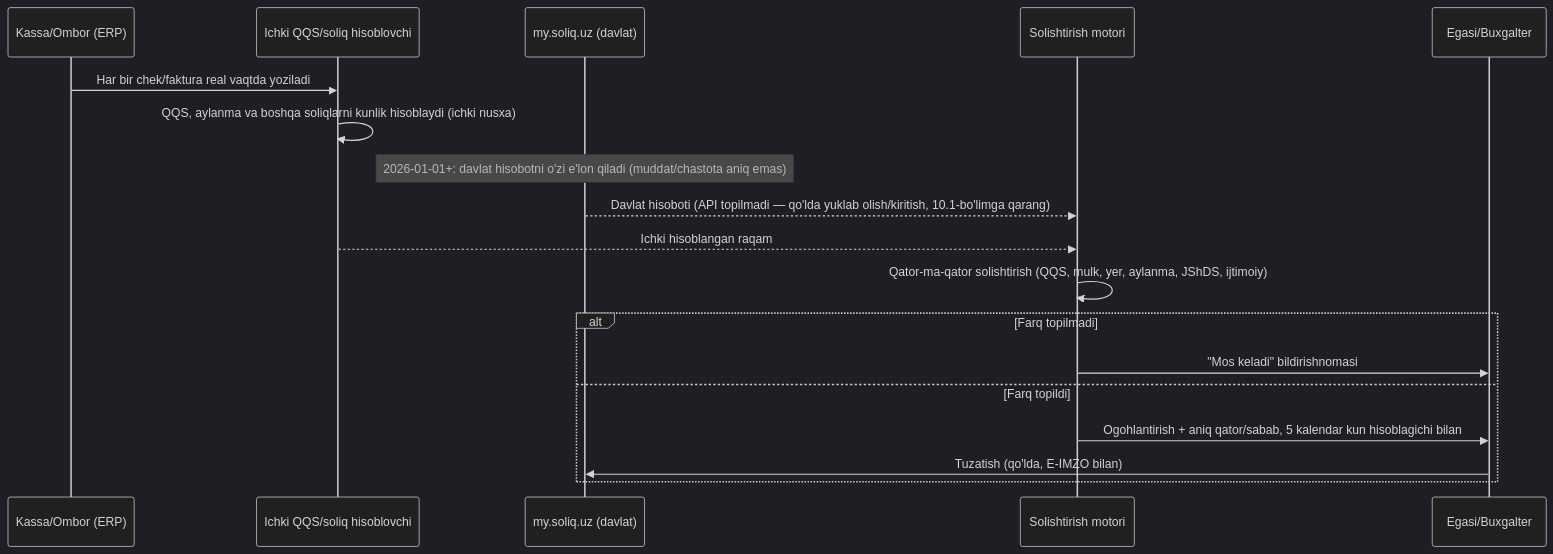
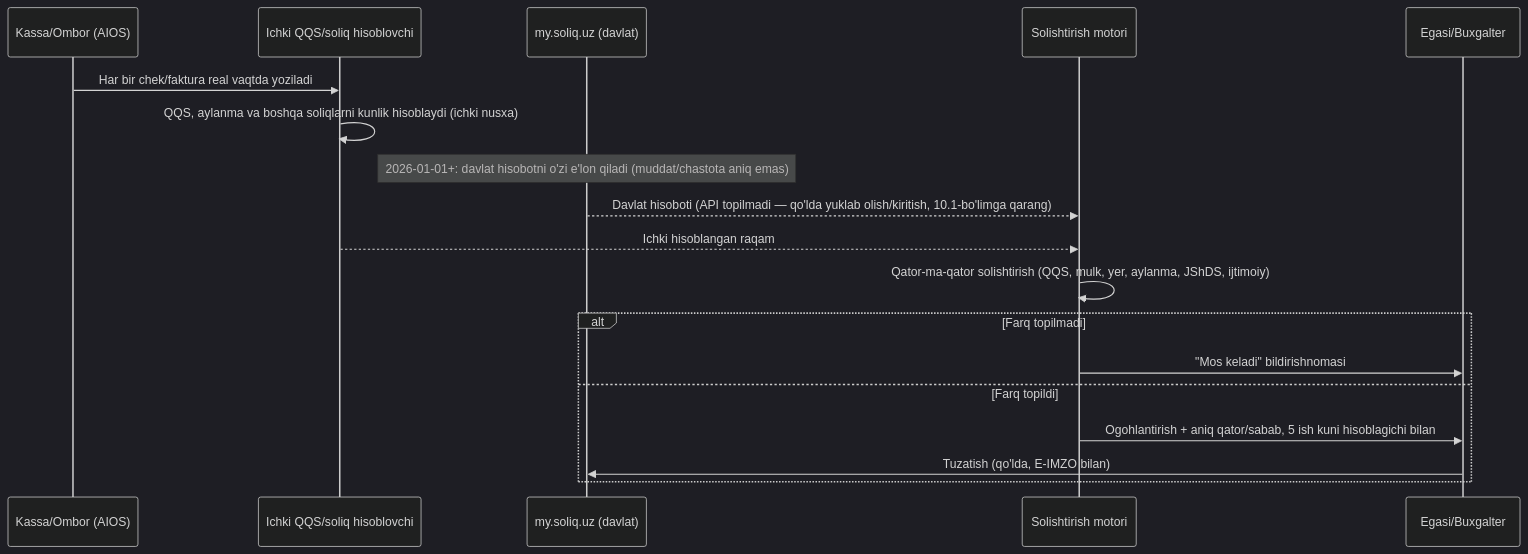
The first of 2 diagrams in research_notes/texnik/04-arxitektura-va-stack.md (hasanoff507/erp), drawn with Mermaid (dark theme) before and after one commit. The commit also changed other lines of this file and 2787 other files, not shown here.

````diff
--- a/research_notes/texnik/04-arxitektura-va-stack.md
+++ b/research_notes/texnik/04-arxitektura-va-stack.md
@@ -93,21 +93,21 @@
 ```mermaid
 sequenceDiagram
-    participant Kassa as Kassa/Ombor (ERP)
+    participant Kassa as Kassa/Ombor (AIOS)
     participant Ledger as Ichki QQS/soliq hisoblovchi
     participant MySoliq as my.soliq.uz (davlat)
     participant Diff as Solishtirish motori
     participant Owner as Egasi/Buxgalter
 
     Kassa->>Ledger: Har bir chek/faktura real vaqtda yoziladi
     Ledger->>Ledger: QQS, aylanma va boshqa soliqlarni kunlik hisoblaydi (ichki nusxa)
     Note over MySoliq: 2026-01-01+: davlat hisobotni o'zi e'lon qiladi (muddat/chastota aniq emas)
     MySoliq-->>Diff: Davlat hisoboti (API topilmadi — qo'lda yuklab olish/kiritish, 10.1-bo'limga qarang)
     Ledger-->>Diff: Ichki hisoblangan raqam
     Diff->>Diff: Qator-ma-qator solishtirish (QQS, mulk, yer, aylanma, JShDS, ijtimoiy)
     alt Farq topilmadi
         Diff->>Owner: "Mos keladi" bildirishnomasi
     else Farq topildi
-        Diff->>Owner: Ogohlantirish + aniq qator/sabab, 5 kalendar kun hisoblagichi bilan
+        Diff->>Owner: Ogohlantirish + aniq qator/sabab, 5 ish kuni hisoblagichi bilan
         Owner->>MySoliq: Tuzatish (qo'lda, E-IMZO bilan)
     end
 ```
````
